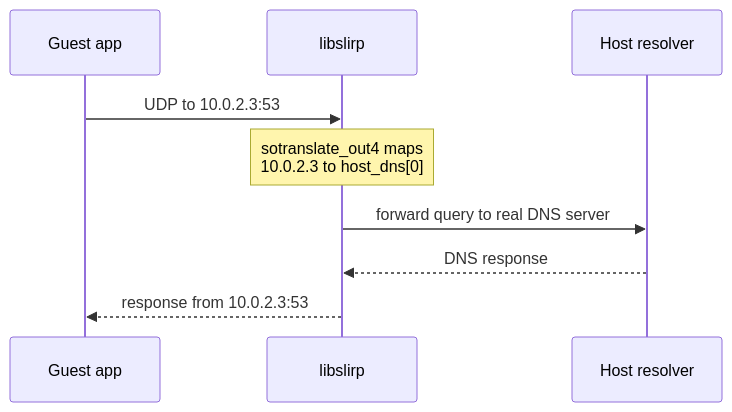
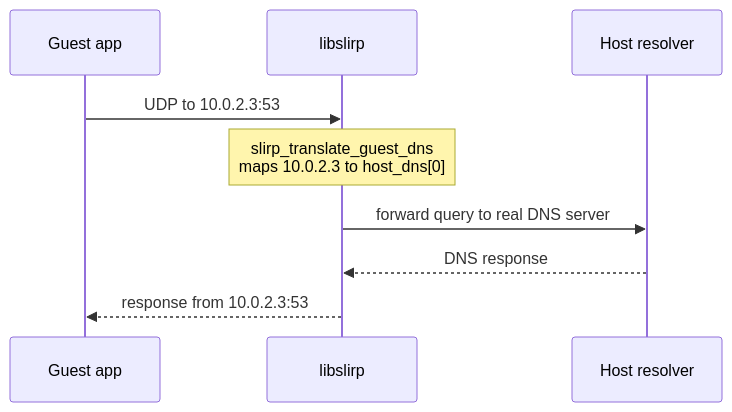
One commit to aospbooks/android-emulator-internal-book changed the third of 6 diagrams in 18-networking.md. Above: the diagram before and after it, drawn with Mermaid. The commit also changed other lines of this file and 31 other files, not shown here.

````diff
--- a/18-networking.md
+++ b/18-networking.md
@@ -228,11 +229,11 @@
 ```mermaid
 sequenceDiagram
     participant App as Guest app
     participant Slirp as libslirp
     participant Host as Host resolver
     App->>Slirp: UDP to 10.0.2.3:53
-    Note over Slirp: sotranslate_out4 maps<br/>10.0.2.3 to host_dns[0]
+    Note over Slirp: slirp_translate_guest_dns<br/>maps 10.0.2.3 to host_dns[0]
     Slirp->>Host: forward query to real DNS server
     Host-->>Slirp: DNS response
     Slirp-->>App: response from 10.0.2.3:53
 ```
````
